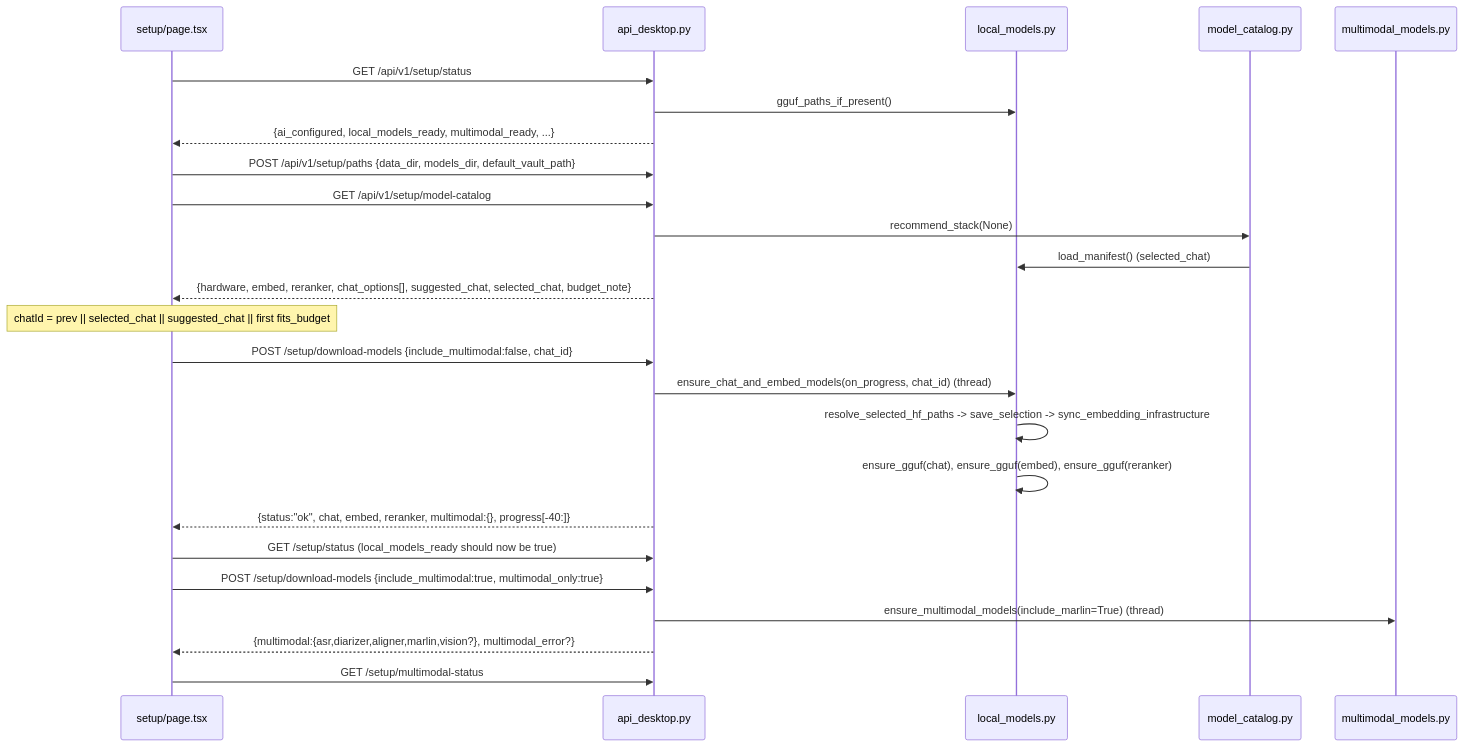
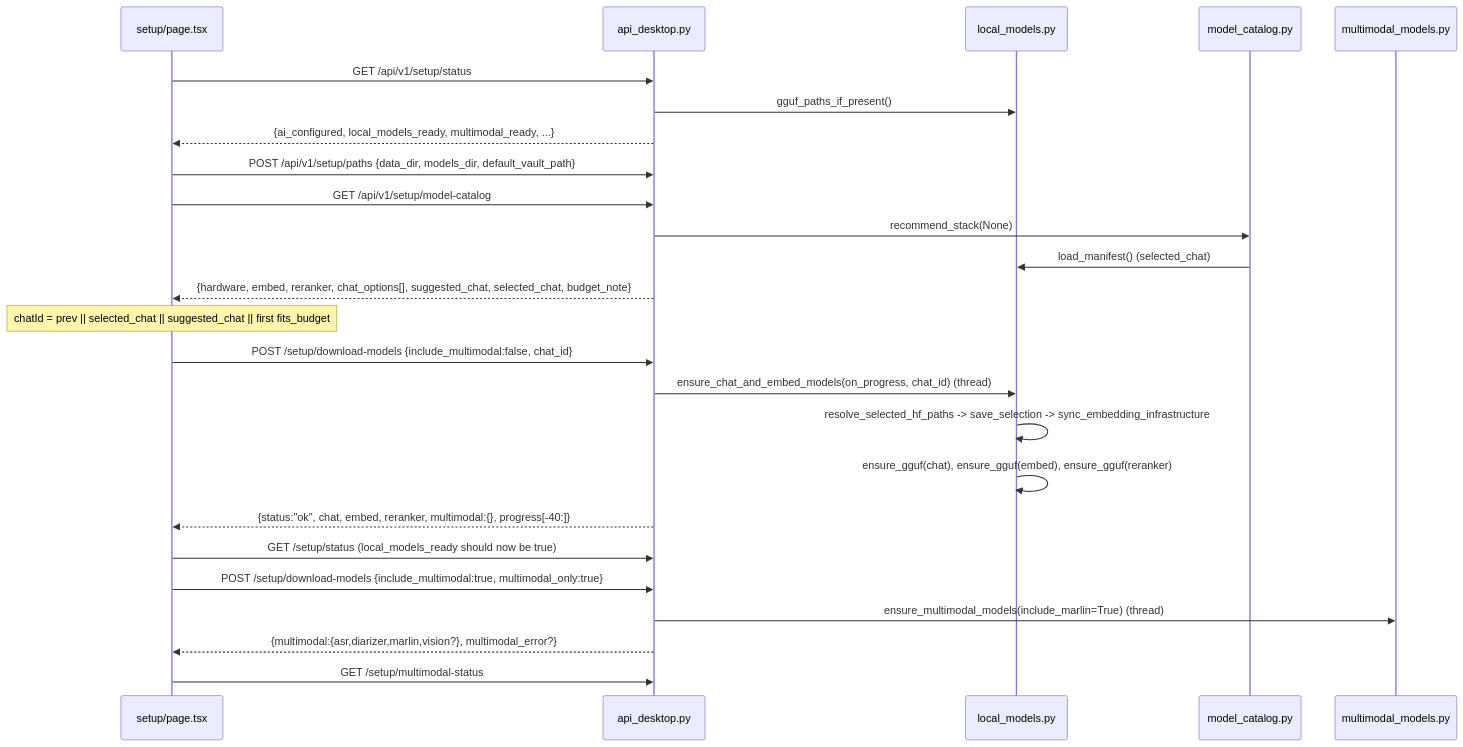
The second of 3 diagrams in Docs/12-local-models-and-inference.md (josetseph/Orb), drawn with Mermaid before and after one commit. The commit also changed other lines of this file and 38 other files, not shown here.

````diff
--- a/Docs/12-local-models-and-inference.md
+++ b/Docs/12-local-models-and-inference.md
@@ -108,27 +108,27 @@
 ```mermaid
 sequenceDiagram
   participant FE as setup/page.tsx
   participant API as api_desktop.py
   participant LM as local_models.py
   participant MC as model_catalog.py
   participant MMM as multimodal_models.py
   FE->>API: GET /api/v1/setup/status
   API->>LM: gguf_paths_if_present()
   API-->>FE: {ai_configured, local_models_ready, multimodal_ready, ...}
   FE->>API: POST /api/v1/setup/paths {data_dir, models_dir, default_vault_path}
   FE->>API: GET /api/v1/setup/model-catalog
   API->>MC: recommend_stack(None)
   MC->>LM: load_manifest() (selected_chat)
   API-->>FE: {hardware, embed, reranker, chat_options[], suggested_chat, selected_chat, budget_note}
   Note over FE: chatId = prev || selected_chat || suggested_chat || first fits_budget
   FE->>API: POST /setup/download-models {include_multimodal:false, chat_id}
   API->>LM: ensure_chat_and_embed_models(on_progress, chat_id) (thread)
   LM->>LM: resolve_selected_hf_paths -> save_selection -> sync_embedding_infrastructure
   LM->>LM: ensure_gguf(chat), ensure_gguf(embed), ensure_gguf(reranker)
   API-->>FE: {status:"ok", chat, embed, reranker, multimodal:{}, progress[-40:]}
   FE->>API: GET /setup/status (local_models_ready should now be true)
   FE->>API: POST /setup/download-models {include_multimodal:true, multimodal_only:true}
   API->>MMM: ensure_multimodal_models(include_marlin=True) (thread)
-  API-->>FE: {multimodal:{asr,diarizer,aligner,marlin,vision?}, multimodal_error?}
+  API-->>FE: {multimodal:{asr,diarizer,marlin,vision?}, multimodal_error?}
   FE->>API: GET /setup/multimodal-status
 ```
````
